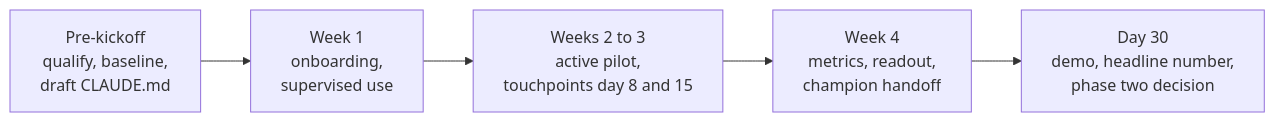
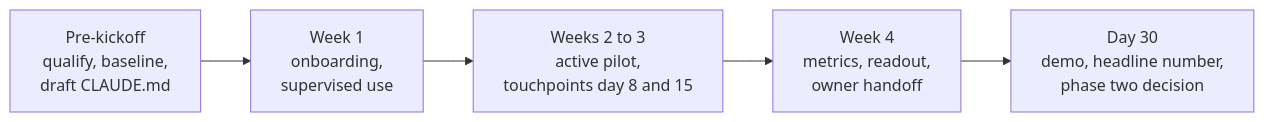
Before and after one commit to locchh/blogs: the third of 3 diagrams in src/content/blog/forward_deployed_engineer.md, drawn with Mermaid. The commit also changed other lines of this file, not shown here.

````diff
--- a/src/content/blog/forward_deployed_engineer.md
+++ b/src/content/blog/forward_deployed_engineer.md
@@ -324,7 +316,7 @@
 ```mermaid
 flowchart LR
     P[Pre-kickoff<br/>qualify, baseline,<br/>draft CLAUDE.md] --> W1[Week 1<br/>onboarding,<br/>supervised use]
     W1 --> W2[Weeks 2 to 3<br/>active pilot,<br/>touchpoints day 8 and 15]
-    W2 --> W4[Week 4<br/>metrics, readout,<br/>champion handoff]
+    W2 --> W4[Week 4<br/>metrics, readout,<br/>owner handoff]
     W4 --> D30[Day 30<br/>demo, headline number,<br/>phase two decision]
 ```
````
